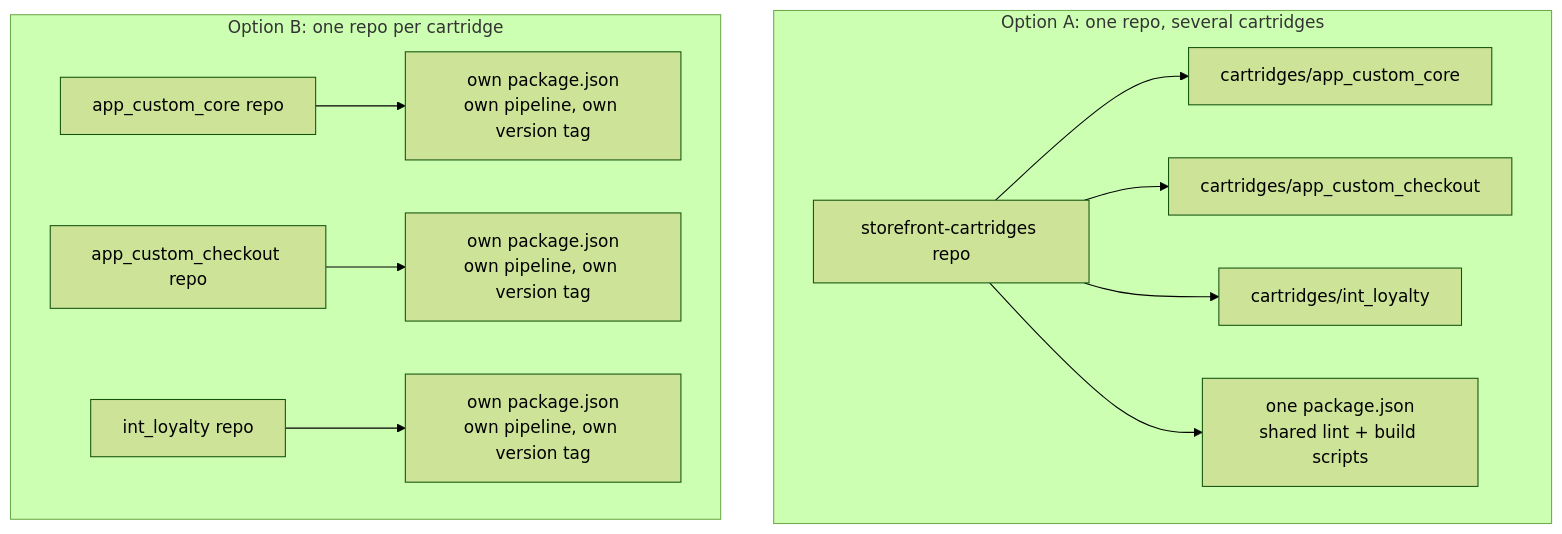
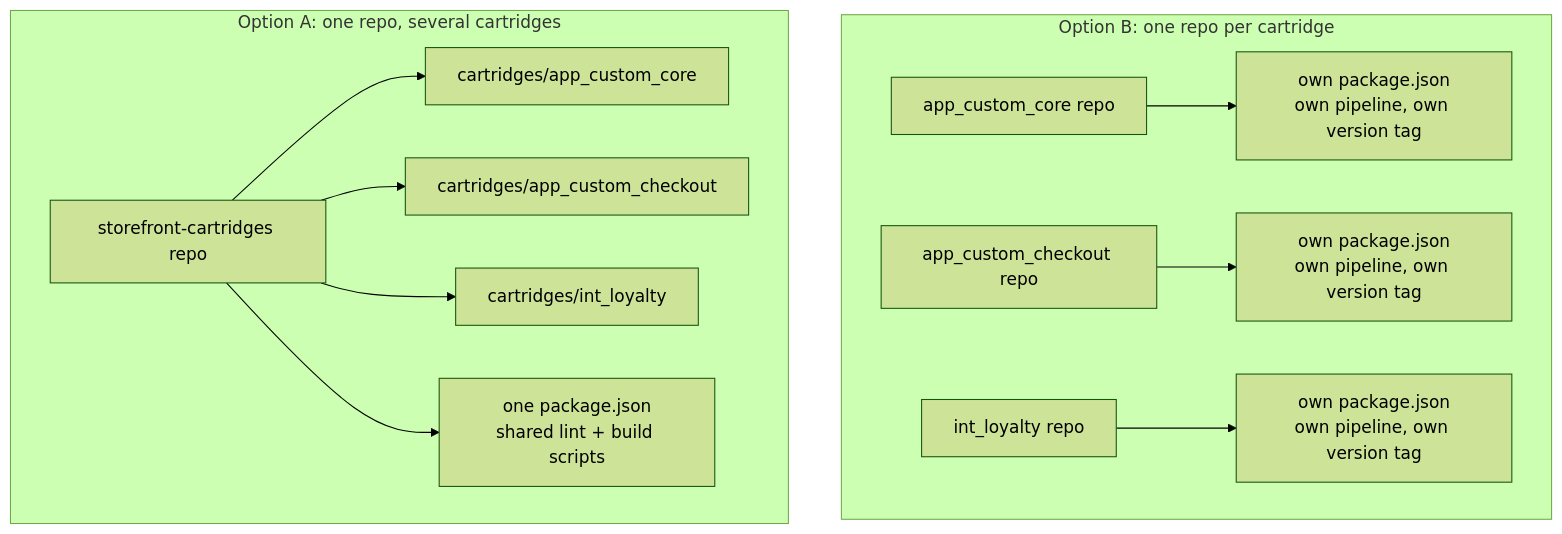
The first of 2 diagrams in src/content/posts/structuring-sfcc-cartridges/index.md (taurgis/rhino-inquisitor-com), drawn with Mermaid (forest theme) before and after one commit. The commit also changed other lines of this file, not shown here.

First line of the commit message:
Show option A on the left of the cartridge repo diagram

````diff
--- a/src/content/posts/structuring-sfcc-cartridges/index.md
+++ b/src/content/posts/structuring-sfcc-cartridges/index.md
@@ -66,14 +66,14 @@
 ```mermaid
 flowchart TB
+    subgraph "Option B: one repo per cartridge"
+        B1["app_custom_core repo"] --> B4["own package.json\nown pipeline, own version tag"]
+        B2["app_custom_checkout repo"] --> B5["own package.json\nown pipeline, own version tag"]
+        B3["int_loyalty repo"] --> B6["own package.json\nown pipeline, own version tag"]
+    end
     subgraph "Option A: one repo, several cartridges"
         R1["storefront-cartridges repo"] --> A1["cartridges/app_custom_core"]
         R1 --> A2["cartridges/app_custom_checkout"]
         R1 --> A3["cartridges/int_loyalty"]
         R1 --> A4["one package.json\nshared lint + build scripts"]
     end
-    subgraph "Option B: one repo per cartridge"
-        B1["app_custom_core repo"] --> B4["own package.json\nown pipeline, own version tag"]
-        B2["app_custom_checkout repo"] --> B5["own package.json\nown pipeline, own version tag"]
-        B3["int_loyalty repo"] --> B6["own package.json\nown pipeline, own version tag"]
-    end
 ```
````
